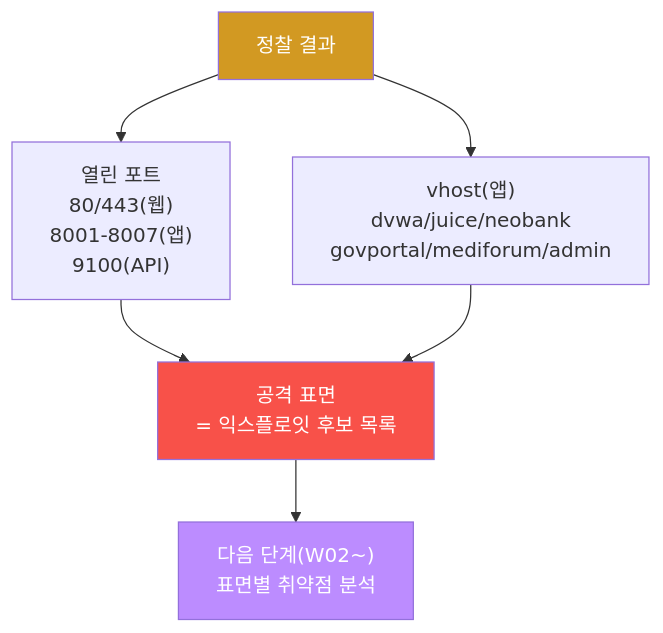
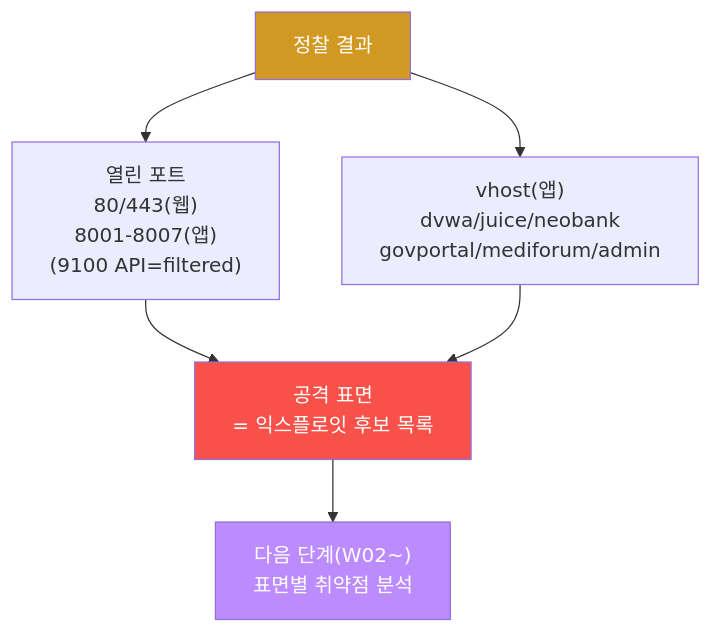
The sixth of 7 diagrams in contents/training/attack/lecture_week01.md (mrgrit/tw2), drawn with Mermaid before and after one commit. The commit also changed other lines of this file and 1 other file, not shown here.

````diff
--- a/contents/training/attack/lecture_week01.md
+++ b/contents/training/attack/lecture_week01.md
@@ -537,12 +540,12 @@
 ```mermaid
 graph TD
     SCAN["정찰 결과"]
-    SCAN --> PORTS["열린 포트<br/>80/443(웹)<br/>8001-8007(앱)<br/>9100(API)"]
+    SCAN --> PORTS["열린 포트<br/>80/443(웹)<br/>8001-8007(앱)<br/>(9100 API=filtered)"]
     SCAN --> VHOSTS["vhost(앱)<br/>dvwa/juice/neobank<br/>govportal/mediforum/admin"]
     PORTS --> SURFACE["공격 표면<br/>= 익스플로잇 후보 목록"]
     VHOSTS --> SURFACE
     SURFACE --> NEXT["다음 단계(W02~)<br/>표면별 취약점 분석"]
     style SCAN fill:#d29922,color:#fff
     style SURFACE fill:#f85149,color:#fff
     style NEXT fill:#bc8cff,color:#fff
 ```
````
